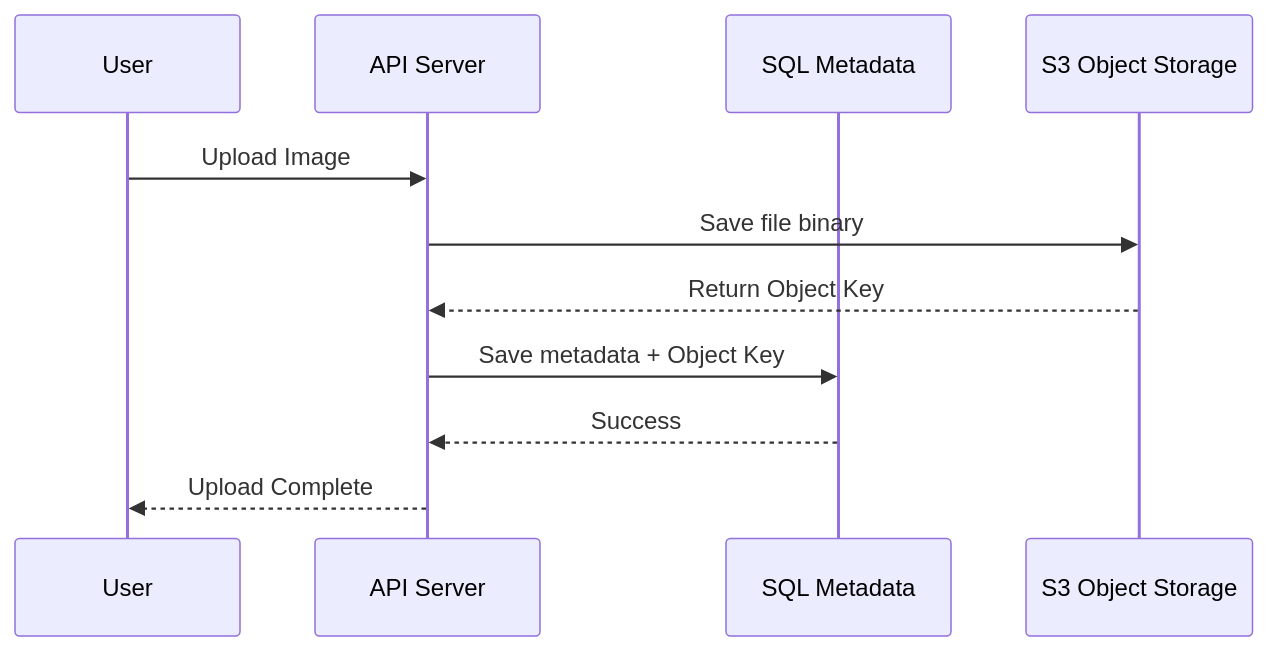
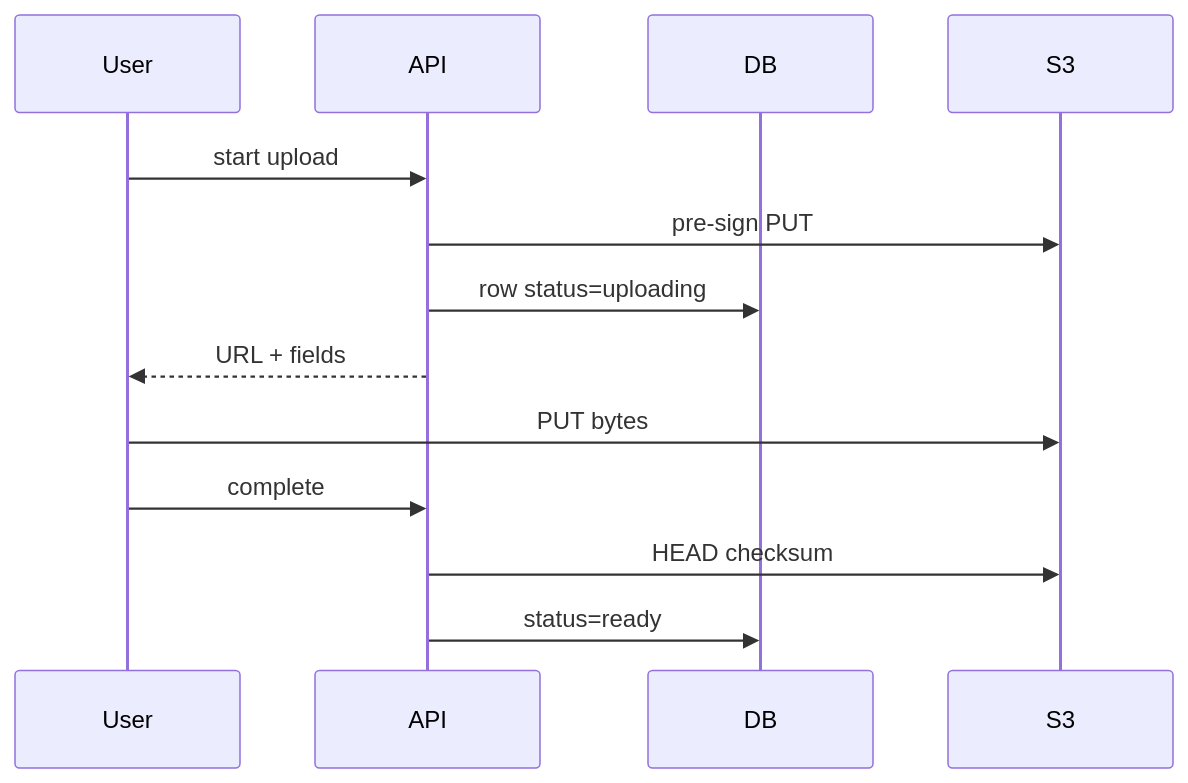
The diagram in content/sys-design/014-blob-storage.md (itstheanurag/codecript), drawn with Mermaid before and after one commit. The commit also changed other lines of this file and 3 other files, not shown here.

First line of the commit message:
docs(sys-design): deepen SOA, queues, blob storage, and fault tolerance

````diff
--- a/content/sys-design/014-blob-storage.md
+++ b/content/sys-design/014-blob-storage.md
@@ -25,14 +37,16 @@
 ```mermaid
 sequenceDiagram
     participant User
-    participant App as API Server
-    participant DB as SQL Metadata
-    participant Blob as S3 Object Storage
+    participant API
+    participant DB
+    participant S3
 
-    User->>App: Upload Image
-    App->>Blob: Save file binary
-    Blob-->>App: Return Object Key
-    App->>DB: Save metadata + Object Key
-    DB-->>App: Success
-    App-->>User: Upload Complete
+    User->>API: start upload
+    API->>S3: pre-sign PUT
+    API->>DB: row status=uploading
+    API-->>User: URL + fields
+    User->>S3: PUT bytes
+    User->>API: complete
+    API->>S3: HEAD checksum
+    API->>DB: status=ready
 ```
````
